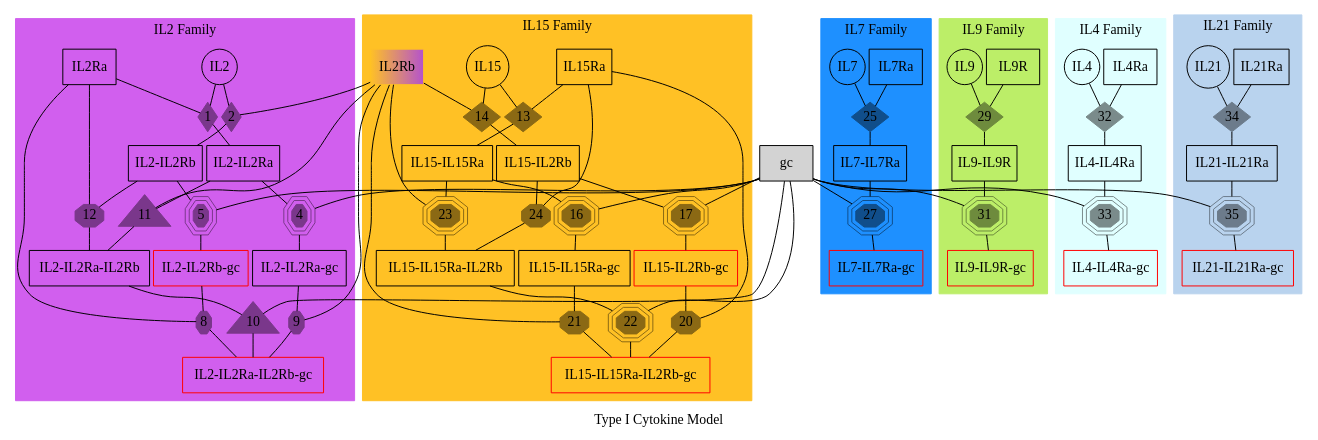
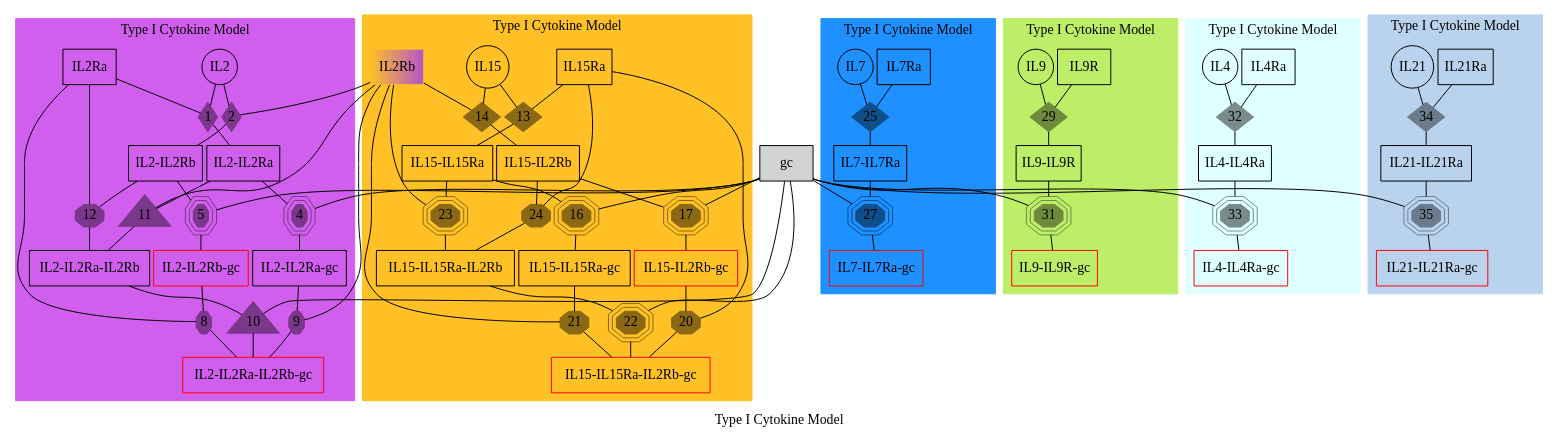
One commit to meyer-lab/gc-valent changed the diagram in ckine/data/graph_all.gv. Above: the diagram before and after it, drawn with Graphviz.

Commit message:
remove family titles

```diff
--- a/ckine/data/graph_all.gv
+++ b/ckine/data/graph_all.gv
@@ -58,7 +58,6 @@
         style=filled;
     	color=mediumorchid2;
     	node [style=filled,color=mediumorchid4, margin=0];
-        label= "IL2 Family"
 
         "1" [shape=diamond,style=filled,height=.1,width=.1];
         "IL2" -> "1" [dir=none,weight=1];
@@ -111,7 +110,6 @@
     	color=goldenrod1;
     	node [style=filled,color=goldenrod4, margin=0];
         edge [dir=none, weight=1];
-        label= "IL15 Family"
 
         "13" [shape=diamond,style=filled,height=.1,width=.1];
         "IL15" -> "13";
@@ -164,7 +162,6 @@
     	color=dodgerblue;
     	node [style=filled,color=dodgerblue4, margin=0];
         edge [dir=none, weight=1];
-        label= "IL7 Family"
         
         "25" [shape=diamond,style=filled,height=.1,width=.1];
         "IL7" -> "25";
@@ -182,7 +179,6 @@
     	color=darkolivegreen2;
     	node [style=filled,color=darkolivegreen4, margin=0];
         edge [dir=none, weight=1];
-        label= "IL9 Family"
         
         "29" [shape=diamond, style=filled, height=.1, width=.1];
         "IL9" -> "29";
@@ -200,7 +196,6 @@
     	color=lightcyan;
     	node [style=filled, color=lightcyan4, margin=0];
         edge [dir=none, weight=1];
-        label= "IL4 Family"
         
         "32" [shape=diamond, style=filled, height=0.1, width=0.1];
         "IL4" -> "32";
@@ -217,7 +212,6 @@
     	color=slategray2;
     	node [style=filled, color=slategray4, margin=0];
         edge [dir=none, weight=1];
-        label= "IL21 Family"
         
         "34" [shape=diamond,style=filled,height=.1,width=.1];
         "IL21" -> "34";
```
